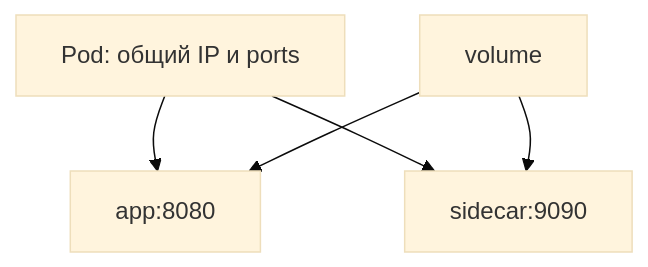
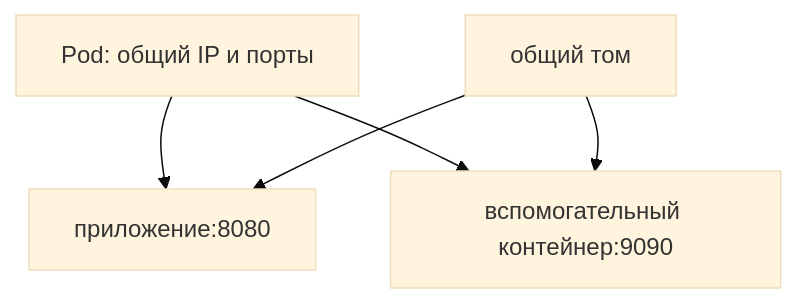
The diagram in docs/containers/kubernetes/pod.md (leary1337/vault), drawn with Mermaid (base theme) before and after one commit. The commit also changed other lines of this file and 325 other files, not shown here.

````diff
--- a/docs/containers/kubernetes/pod.md
+++ b/docs/containers/kubernetes/pod.md
@@ -41,7 +32,7 @@
 ```mermaid
 flowchart TB
-    P["Pod: общий IP и ports"] --> A["app:8080"]
-    P --> S["sidecar:9090"]
-    V["volume"] --> A
+    P["Pod: общий IP и порты"] --> A["приложение:8080"]
+    P --> S["вспомогательный контейнер:9090"]
+    V["общий том"] --> A
     V --> S
 ```
````
